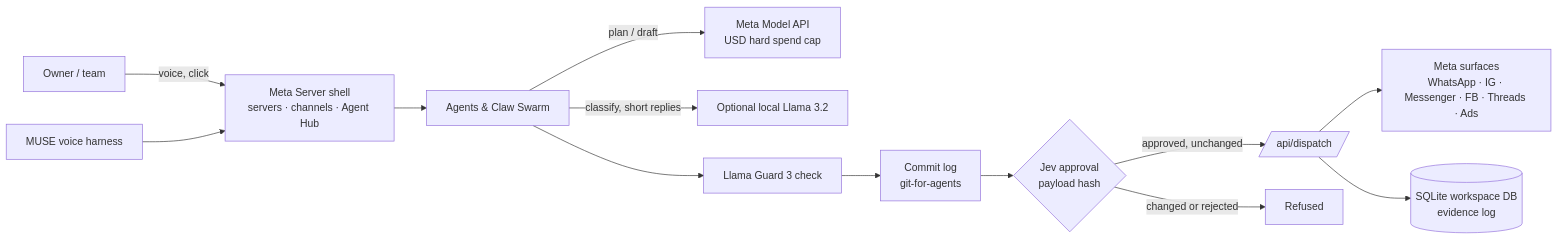
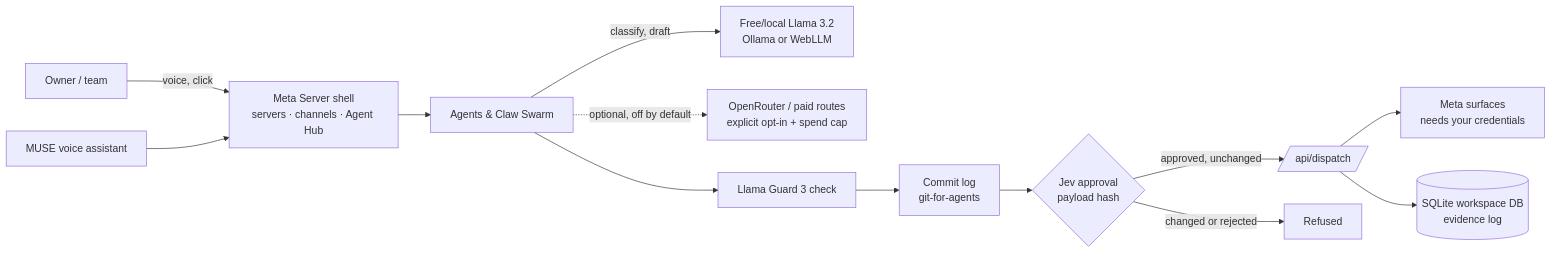
One commit to CodesbyFebin/Meta-Ai-OS changed the diagram in README.md. Above: the diagram before and after it, drawn with Mermaid. The commit also changed other lines of this file and 19 other files, not shown here.

````diff
--- a/README.md
+++ b/README.md
@@ -34,15 +68,15 @@
 ```mermaid
 flowchart LR
   U[Owner / team] -->|voice, click| SH[Meta Server shell<br/>servers · channels · Agent Hub]
-  MUSE[MUSE voice harness] --> SH
+  MUSE[MUSE voice assistant] --> SH
   SH --> AG[Agents & Claw Swarm]
-  AG -->|plan / draft| MM[Meta Model API<br/>USD hard spend cap]
-  AG -->|classify, short replies| LL[Optional local Llama 3.2]
+  AG -->|classify, draft| LL[Free/local Llama 3.2<br/>Ollama or WebLLM]
+  AG -.->|optional, off by default| OR[OpenRouter / paid routes<br/>explicit opt-in + spend cap]
   AG --> LG[Llama Guard 3 check]
   LG --> C[Commit log<br/>git-for-agents]
   C --> JEV{Jev approval<br/>payload hash}
   JEV -->|approved, unchanged| D[/api/dispatch/]
   JEV -->|changed or rejected| X[Refused]
-  D --> META[Meta surfaces<br/>WhatsApp · IG · Messenger · FB · Threads · Ads]
+  D --> META[Meta surfaces<br/>needs your credentials]
   D --> DB[(SQLite workspace DB<br/>evidence log)]
 ```
````
